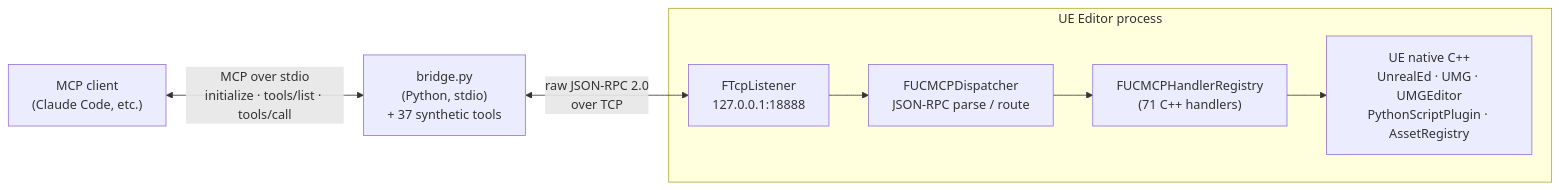
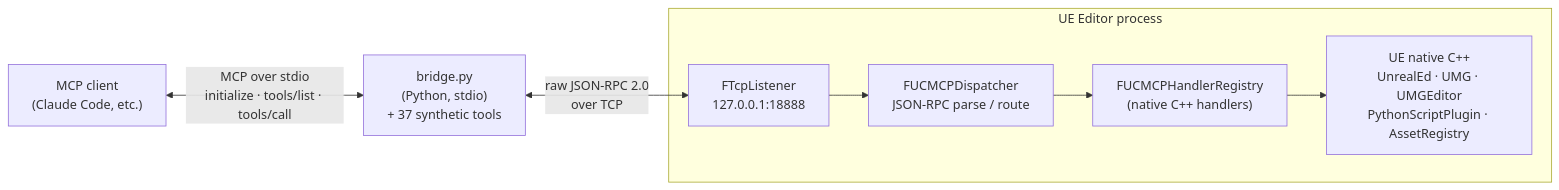
One commit to NAJEMWEHBE/unreal-ai-connection changed the first of 2 diagrams in docs/ARCHITECTURE.md. Above: the diagram before and after it, drawn with Mermaid. The commit also changed 20 other files, not shown here.

````diff
--- a/docs/ARCHITECTURE.md
+++ b/docs/ARCHITECTURE.md
@@ -5,18 +5,18 @@
 ```mermaid
 flowchart LR
     Client["MCP client<br/>(Claude Code, etc.)"]
     Bridge["bridge.py<br/>(Python, stdio)<br/>+ 37 synthetic tools"]
 
     subgraph UE["UE Editor process"]
         TCP["FTcpListener<br/>127.0.0.1:18888"]
         Disp["FUCMCPDispatcher<br/>JSON-RPC parse / route"]
-        Reg["FUCMCPHandlerRegistry<br/>(71 C++ handlers)"]
+        Reg["FUCMCPHandlerRegistry<br/>(native C++ handlers)"]
         Native["UE native C++<br/>UnrealEd · UMG · UMGEditor<br/>PythonScriptPlugin · AssetRegistry"]
     end
 
     Client <-->|"MCP over stdio<br/>initialize · tools/list · tools/call"| Bridge
     Bridge <-->|"raw JSON-RPC 2.0<br/>over TCP"| TCP
     TCP --> Disp
     Disp --> Reg
     Reg --> Native
 ```
````
